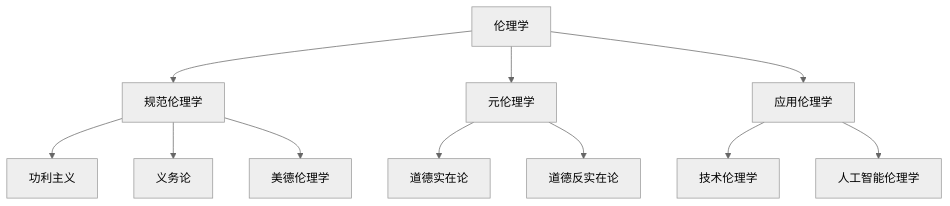
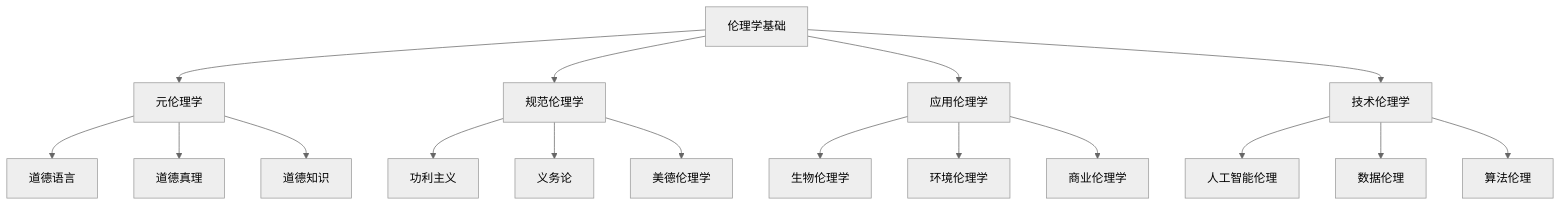
Before and after one commit to AdaMartin18010/formal-architecture: the diagram in Analysis/01-哲学基础理论/05-伦理学基础.md, drawn with Mermaid (neutral theme). The commit also changed other lines of this file and 384 other files, not shown here.

````diff
--- a/Analysis/01-哲学基础理论/05-伦理学基础.md
+++ b/Analysis/01-哲学基础理论/05-伦理学基础.md
@@ -50,13 +56,19 @@
 ```mermaid
 graph TD
-  A[伦理学] --> B1[规范伦理学]
-  A --> B2[元伦理学]
+  A[伦理学基础] --> B1[元伦理学]
+  A --> B2[规范伦理学]
   A --> B3[应用伦理学]
-  B1 --> C1[功利主义]
-  B1 --> C2[义务论]
-  B1 --> C3[美德伦理学]
-  B2 --> C4[道德实在论]
-  B2 --> C5[道德反实在论]
-  B3 --> C6[技术伦理学]
-  B3 --> C7[人工智能伦理学]
+  A --> B4[技术伦理学]
+  B1 --> C1[道德语言]
+  B1 --> C2[道德真理]
+  B1 --> C3[道德知识]
+  B2 --> C4[功利主义]
+  B2 --> C5[义务论]
+  B2 --> C6[美德伦理学]
+  B3 --> C7[生物伦理学]
+  B3 --> C8[环境伦理学]
+  B3 --> C9[商业伦理学]
+  B4 --> C10[人工智能伦理]
+  B4 --> C11[数据伦理]
+  B4 --> C12[算法伦理]
 ```
````
